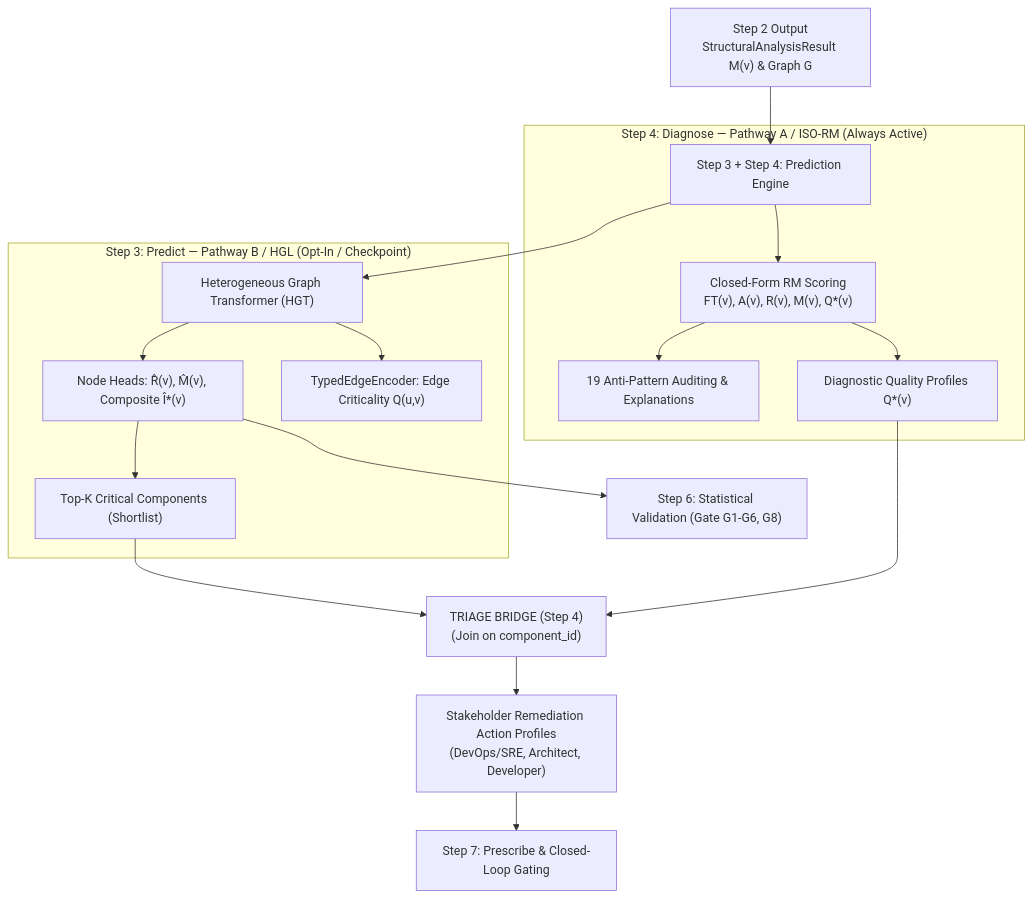
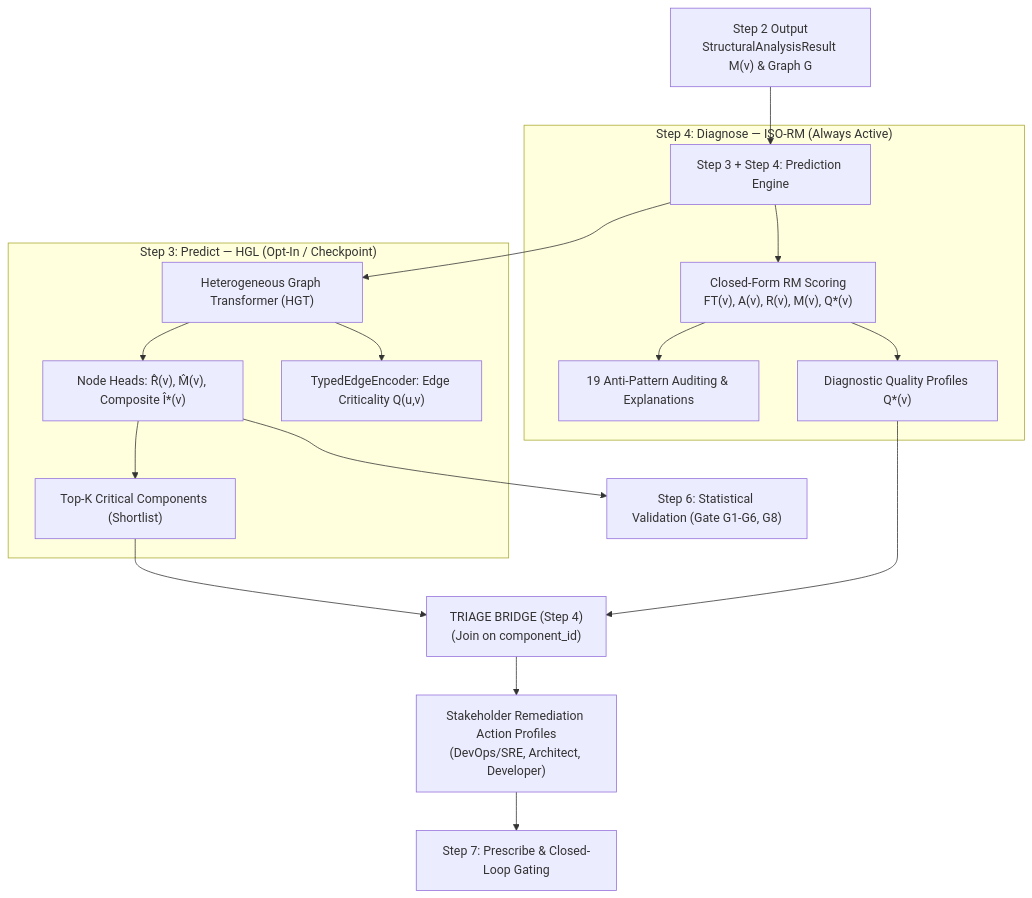
One commit to onuralpyigit/software-as-a-graph changed the diagram in docs/diagnosis.md. Above: the diagram before and after it, drawn with Mermaid. The commit also changed other lines of this file and 11 other files, not shown here.

Commit message:
refactor: Update documentation and CLI descriptions to remove pathway labels for Predict and Diagnose stages

````diff
--- a/docs/diagnosis.md
+++ b/docs/diagnosis.md
@@ -34,23 +34,23 @@
 ```mermaid
 flowchart TD
     M["Step 2 Output<br>StructuralAnalysisResult M(v) & Graph G"] --> PE["Step 3 + Step 4: Prediction Engine"]
 
-    subgraph PathRM["Step 4: Diagnose — Pathway A / ISO-RM (Always Active)"]
+    subgraph PathRM["Step 4: Diagnose — ISO-RM (Always Active)"]
         PE --> RM["Closed-Form RM Scoring<br>FT(v), A(v), R(v), M(v), Q*(v)"]
         RM --> AP["19 Anti-Pattern Auditing & Explanations"]
         RM --> OUT_RM["Diagnostic Quality Profiles Q*(v)"]
     end
 
-    subgraph PathGNN["Step 3: Predict — Pathway B / HGL (Opt-In / Checkpoint)"]
+    subgraph PathGNN["Step 3: Predict — HGL (Opt-In / Checkpoint)"]
         PE --> HGT["Heterogeneous Graph Transformer (HGT)"]
         HGT --> NH["Node Heads: R̂(v), M̂(v), Composite Î*(v)"]
         HGT --> EH["TypedEdgeEncoder: Edge Criticality Q(u,v)"]
         NH --> TOPK["Top-K Critical Components (Shortlist)"]
     end
 
     TOPK --> TB["TRIAGE BRIDGE (Step 4)<br>(Join on component_id)"]
     OUT_RM --> TB
     TB --> SO["Stakeholder Remediation Action Profiles<br>(DevOps/SRE, Architect, Developer)"]
     SO --> PRESCRIBE["Step 7: Prescribe & Closed-Loop Gating"]
     NH --> VALIDATE["Step 6: Statistical Validation (Gate G1-G6, G8)"]
 ```
````
